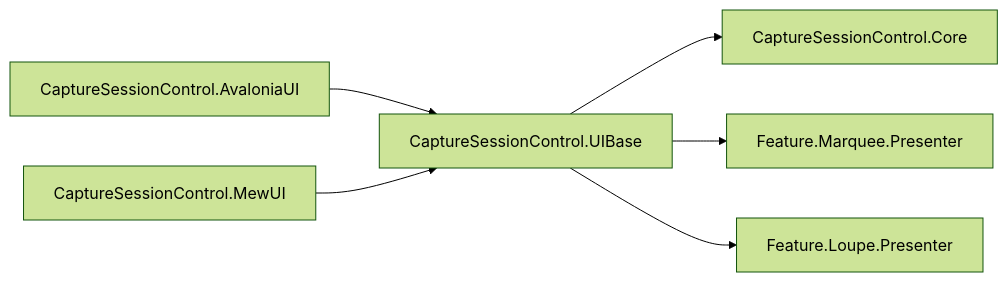
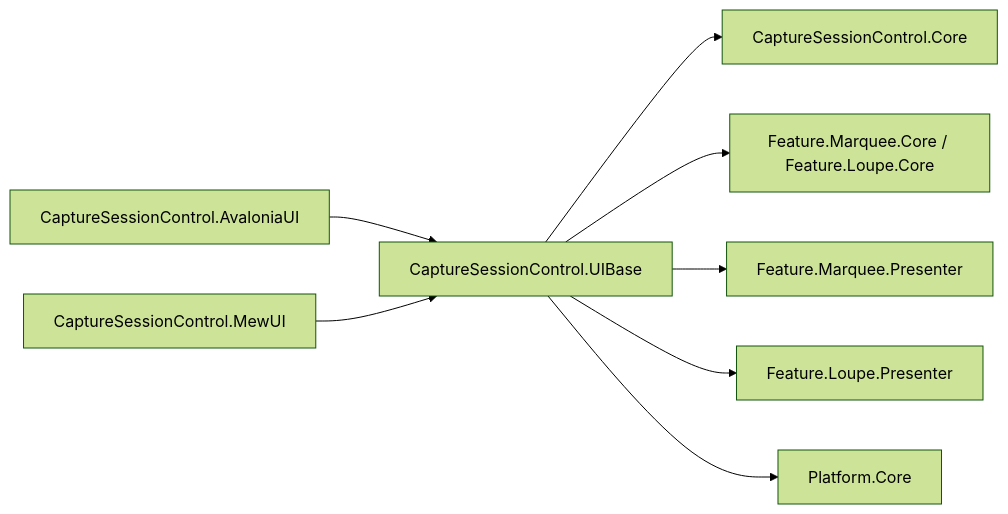
The first of 3 diagrams in src/CaptureSessionControl.UIBase/SPEC_System.md (tomokuni/SaveEvidence), drawn with Mermaid (forest theme) before and after one commit. The commit also changed other lines of this file and 3 other files, not shown here.

````diff
--- a/src/CaptureSessionControl.UIBase/SPEC_System.md
+++ b/src/CaptureSessionControl.UIBase/SPEC_System.md
@@ -27,8 +29,10 @@
 ```mermaid
 graph LR
   A[CaptureSessionControl.AvaloniaUI] --> U[CaptureSessionControl.UIBase]
   B[CaptureSessionControl.MewUI] --> U
   U --> C[CaptureSessionControl.Core]
+  U --> MC[Feature.Marquee.Core / Feature.Loupe.Core]
   U --> M[Feature.Marquee.Presenter]
   U --> L[Feature.Loupe.Presenter]
+  U --> P[Platform.Core]
 ```
````
